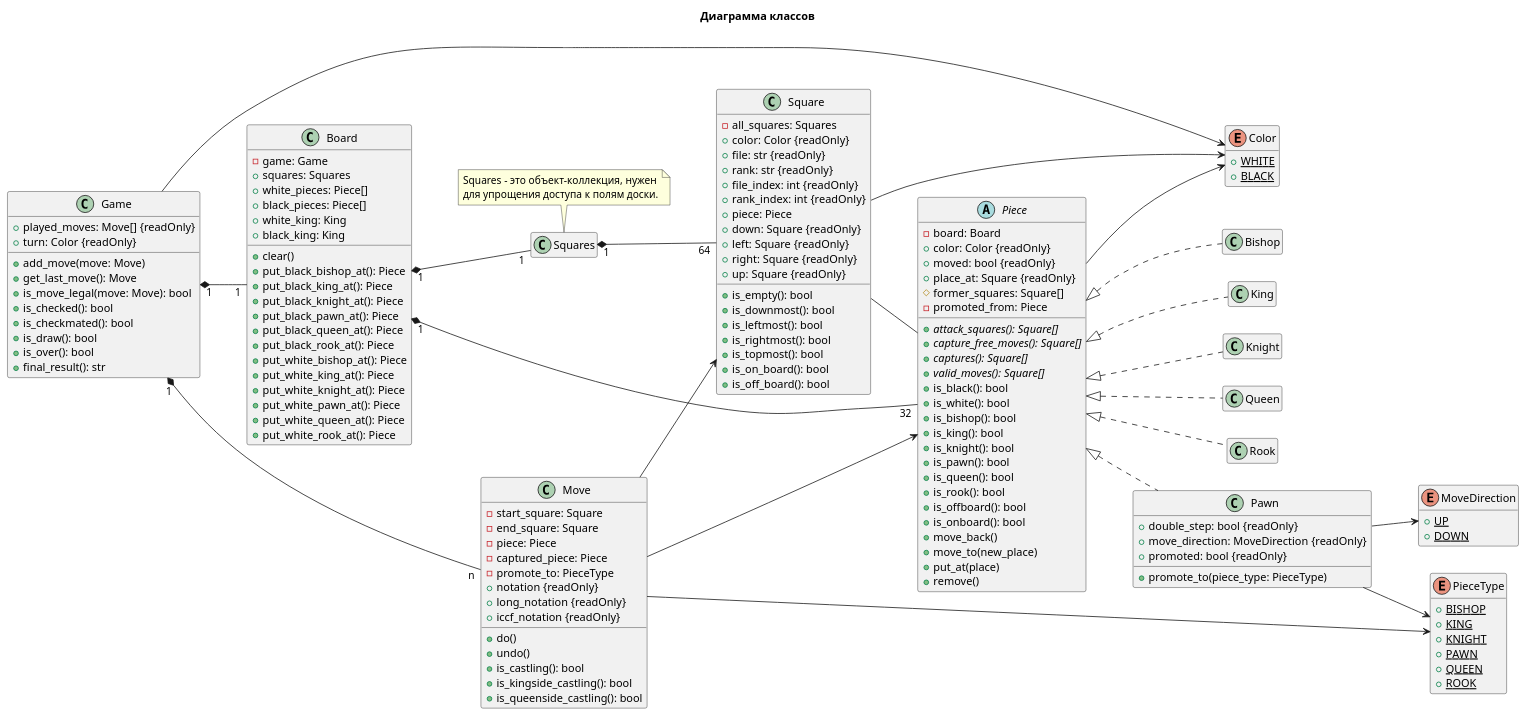
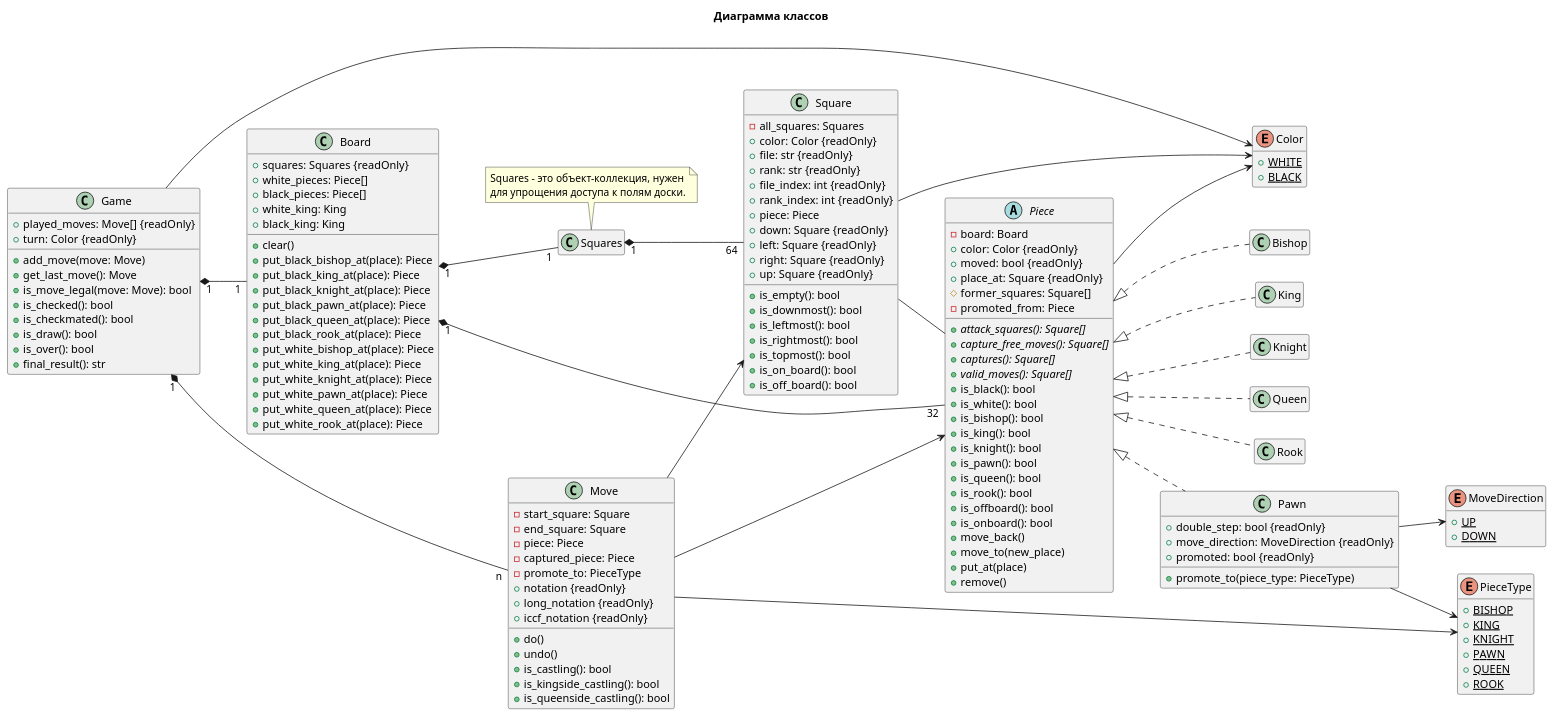
Before and after one commit to jaeshaed/531-chess: the diagram in docs/chess.puml, drawn with PlantUML. The commit also changed 2 other files, not shown here.

```diff
--- a/docs/chess.puml
+++ b/docs/chess.puml
@@ -1,154 +1,153 @@
 @startuml
 left to right direction
 hide empty members
 title Диаграмма классов
 
 class Board {
-  -game: Game
-  +squares: Squares
+  +squares: Squares {readOnly}
   +white_pieces: Piece[]
   +black_pieces: Piece[]
   +white_king: King
   +black_king: King
   +clear()
-  +put_black_bishop_at(): Piece
-  +put_black_king_at(): Piece
-  +put_black_knight_at(): Piece
-  +put_black_pawn_at(): Piece
-  +put_black_queen_at(): Piece
-  +put_black_rook_at(): Piece
-  +put_white_bishop_at(): Piece
-  +put_white_king_at(): Piece
-  +put_white_knight_at(): Piece
-  +put_white_pawn_at(): Piece
-  +put_white_queen_at(): Piece
-  +put_white_rook_at(): Piece
+  +put_black_bishop_at(place): Piece
+  +put_black_king_at(place): Piece
+  +put_black_knight_at(place): Piece
+  +put_black_pawn_at(place): Piece
+  +put_black_queen_at(place): Piece
+  +put_black_rook_at(place): Piece
+  +put_white_bishop_at(place): Piece
+  +put_white_king_at(place): Piece
+  +put_white_knight_at(place): Piece
+  +put_white_pawn_at(place): Piece
+  +put_white_queen_at(place): Piece
+  +put_white_rook_at(place): Piece
 }
 Board "1" *-- "32" Piece
 Board "1" *-- "1" Squares
 Squares "1" *-- "64" Square
 note top of Squares
   Squares - это объект-коллекция, нужен
   для упрощения доступа к полям доски.
 end note
 
 enum Color {
   {static} + WHITE
   {static} + BLACK
 }
 
 class Game {
   +played_moves: Move[] {readOnly}
   +turn: Color {readOnly}
   +add_move(move: Move)
   +get_last_move(): Move
   +is_move_legal(move: Move): bool
   +is_checked(): bool
   +is_checkmated(): bool
   +is_draw(): bool
   +is_over(): bool
   +final_result(): str
 }
 Game --> Color
 Game "1" *-- "1" Board
 Game "1" *-- "n" Move
 
 class Move {
   -start_square: Square
   -end_square: Square
   -piece: Piece
   -captured_piece: Piece
   -promote_to: PieceType
   +notation {readOnly}
   +long_notation {readOnly}
   +iccf_notation {readOnly}
   +do()
   +undo()
   +is_castling(): bool
   +is_kingside_castling(): bool
   +is_queenside_castling(): bool
 }
 Move --> Piece
 Move --> PieceType
 Move --> Square
 
 enum MoveDirection {
   {static} + UP
   {static} + DOWN
 }
 
 class Pawn {
   +double_step: bool {readOnly}
   +move_direction: MoveDirection {readOnly}
   +promoted: bool {readOnly}
   +promote_to(piece_type: PieceType)
 }
 Pawn --> MoveDirection
 Pawn --> PieceType
 
 abstract class Piece {
   -board: Board
   +color: Color {readOnly}
   +moved: bool {readOnly}
   +place_at: Square {readOnly}
   #former_squares: Square[]
   -promoted_from: Piece
   {abstract} +attack_squares(): Square[]
   {abstract} +capture_free_moves(): Square[]
   {abstract} +captures(): Square[]
   {abstract} +valid_moves(): Square[]
   +is_black(): bool
   +is_white(): bool
   +is_bishop(): bool
   +is_king(): bool
   +is_knight(): bool
   +is_pawn(): bool
   +is_queen(): bool
   +is_rook(): bool
   +is_offboard(): bool
   +is_onboard(): bool
   +move_back()
   +move_to(new_place)
   +put_at(place)
   +remove()
 }
 Piece --> Color
 Piece <|.. Bishop
 Piece <|.. King
 Piece <|.. Knight
 Piece <|.. Queen
 Piece <|.. Rook
 Piece <|.. Pawn
 
 enum PieceType {
   {static} +BISHOP
   {static} +KING
   {static} +KNIGHT
   {static} +PAWN
   {static} +QUEEN
   {static} +ROOK
 }
 
 class Square {
   -all_squares: Squares
   +color: Color {readOnly}
   +file: str {readOnly}
   +rank: str {readOnly}
   +file_index: int {readOnly}
   +rank_index: int {readOnly}
   +piece: Piece
   +down: Square {readOnly}
   +left: Square {readOnly}
   +right: Square {readOnly}
   +up: Square {readOnly}
   +is_empty(): bool
   +is_downmost(): bool
   +is_leftmost(): bool
   +is_rightmost(): bool
   +is_topmost(): bool
   +is_on_board(): bool
   +is_off_board(): bool
 }
 Square --> Color
 Square -- Piece
 @enduml
```
